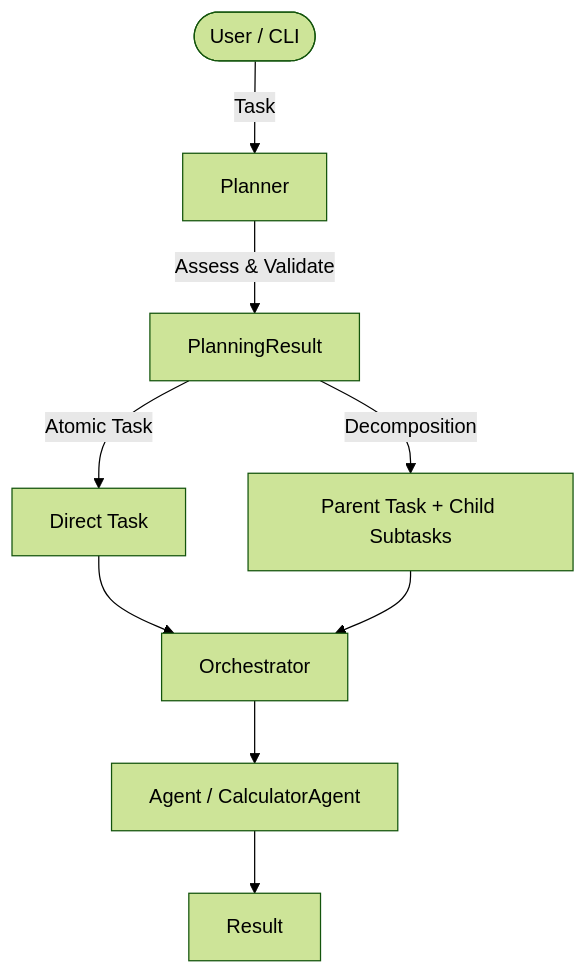
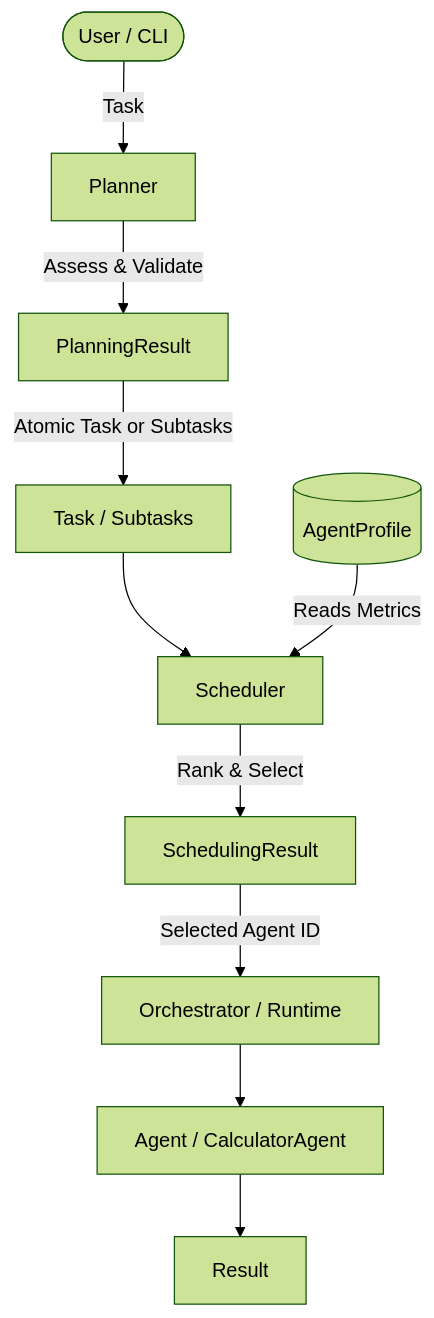
One commit to AsmitBhandari/ABOS changed the first of 2 diagrams in context/ARCHITECTURE.md. Above: the diagram before and after it, drawn with Mermaid (forest theme). The commit also changed other lines of this file and 13 other files, not shown here.

````diff
--- a/context/ARCHITECTURE.md
+++ b/context/ARCHITECTURE.md
@@ -9,11 +9,12 @@
 ```mermaid
 flowchart TD
     User([User / CLI]) -->|Task| Planner[Planner]
     Planner -->|Assess & Validate| PlanningResult[PlanningResult]
-    PlanningResult -->|Atomic Task| DirectTask[Direct Task]
-    PlanningResult -->|Decomposition| TaskHierarchy[Parent Task + Child Subtasks]
-    DirectTask --> Orchestrator[Orchestrator]
-    TaskHierarchy --> Orchestrator
+    PlanningResult -->|Atomic Task or Subtasks| TaskQueue[Task / Subtasks]
+    TaskQueue --> Scheduler[Scheduler]
+    AgentProfile[(AgentProfile)] -->|Reads Metrics| Scheduler
+    Scheduler -->|Rank & Select| SchedulingResult[SchedulingResult]
+    SchedulingResult -->|Selected Agent ID| Orchestrator[Orchestrator / Runtime]
     Orchestrator --> Agent[Agent / CalculatorAgent]
     Agent --> Result[Result]
 ```
````
